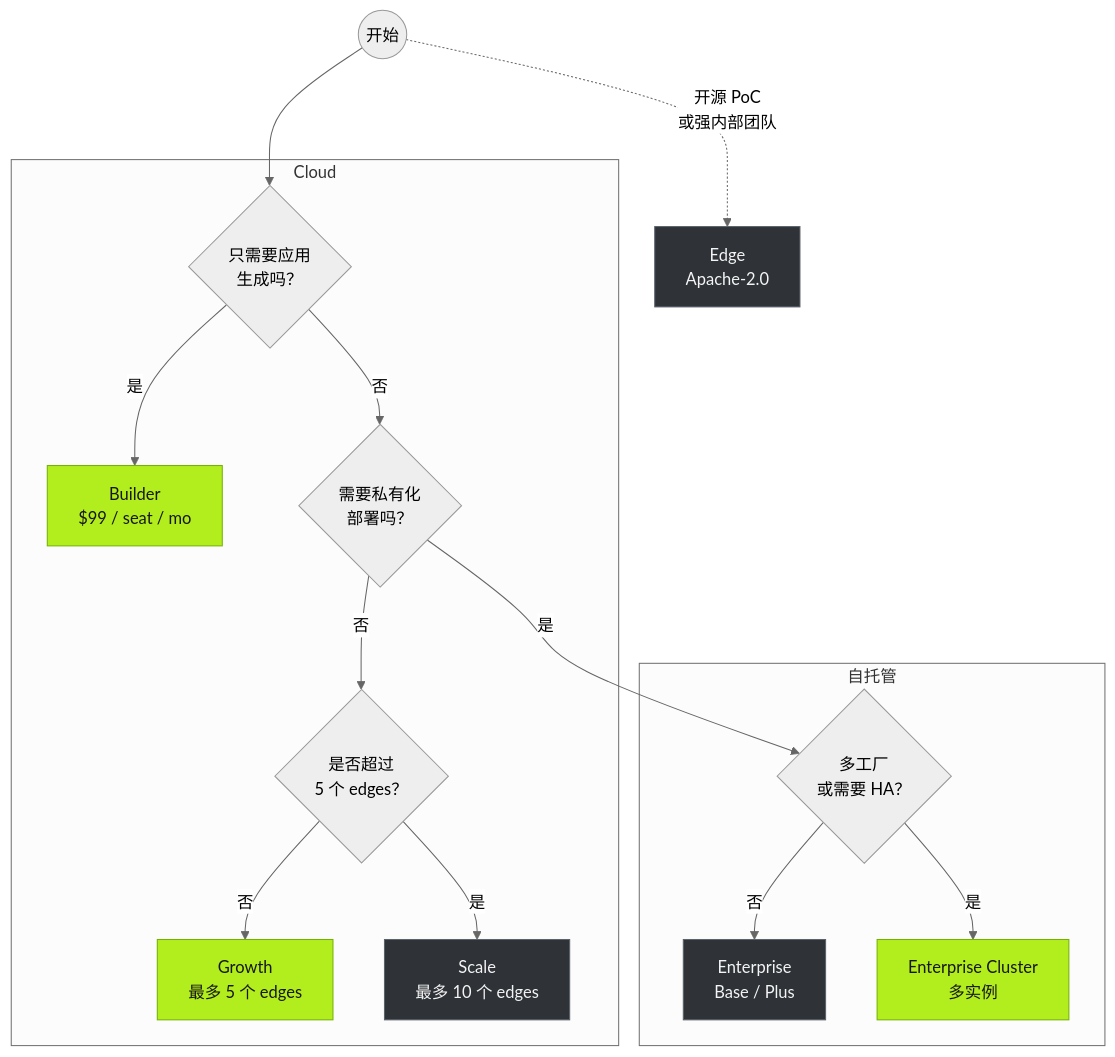
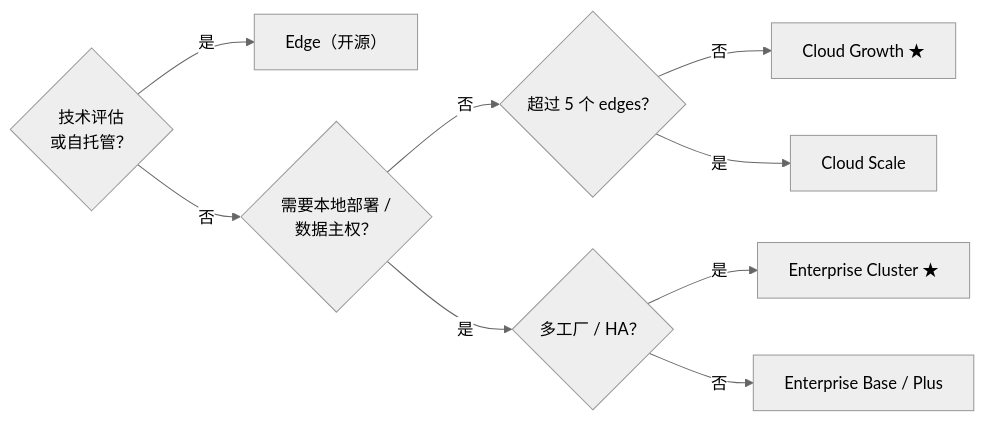
One commit to FREEZONEX/Tier0-docs-site changed the diagram in src/content/docs/zh-cn/get-started/choosing-version.mdx. Above: the diagram before and after it, drawn with Mermaid (neutral theme). The commit also changed other lines of this file and 5 other files, not shown here.

First line of the commit message:
Align locale pricing boards and tighten Mermaid diagram sizing.

````diff
--- a/src/content/docs/zh-cn/get-started/choosing-version.mdx
+++ b/src/content/docs/zh-cn/get-started/choosing-version.mdx
@@ -119,25 +135,12 @@
 ```mermaid
-flowchart TD
-  start(("开始")) --> appOnly{"只需要应用<br/>生成吗？"}
-
-  subgraph cloud["Cloud"]
-    appOnly -- "是" --> builder["Builder<br/>$99 / seat / mo"]
-    appOnly -- "否" --> selfHost{"需要私有化<br/>部署吗？"}
-    selfHost -- "否" --> edgeCount{"是否超过<br/>5 个 edges？"}
-    edgeCount -- "否" --> growth["Growth<br/>最多 5 个 edges"]
-    edgeCount -- "是" --> scale["Scale<br/>最多 10 个 edges"]
-  end
-
-  subgraph selfManaged["自托管"]
-    selfHost -- "是" --> multiSite{"多工厂<br/>或需要 HA？"}
-    multiSite -- "否" --> basePlus["Enterprise<br/>Base / Plus"]
-    multiSite -- "是" --> cluster["Enterprise Cluster<br/>多实例"]
-  end
-
-  start -. "开源 PoC<br/>或强内部团队" .-> edge["Edge<br/>Apache-2.0"]
-
-  classDef t0accent fill:#B2ED1D,stroke:#73B200,color:#171717
-  classDef t0muted fill:#2f3338,stroke:#5a626b,color:#f4f4f4
-  class builder,growth,cluster t0accent
-  class edge,scale,basePlus t0muted
+flowchart LR
+  q1{"技术评估<br/>或自托管？"} -- "是" --> edge["Edge（开源）"]
+  q1 -- "否" --> q2{"需要本地部署 /<br/>数据主权？"}
+  q2 -- "否" --> q3{"超过 5 个 edges？"}
+  q2 -- "是" --> q4{"多工厂 / HA？"}
+  q3 -- "否" --> growth["Cloud Growth ★"]
+  q3 -- "是" --> scale["Cloud Scale"]
+  q4 -- "是" --> cluster["Enterprise Cluster ★"]
+  q4 -- "否" --> baseplus["Enterprise Base / Plus"]
+  class growth,cluster t0accent
 ```
````
